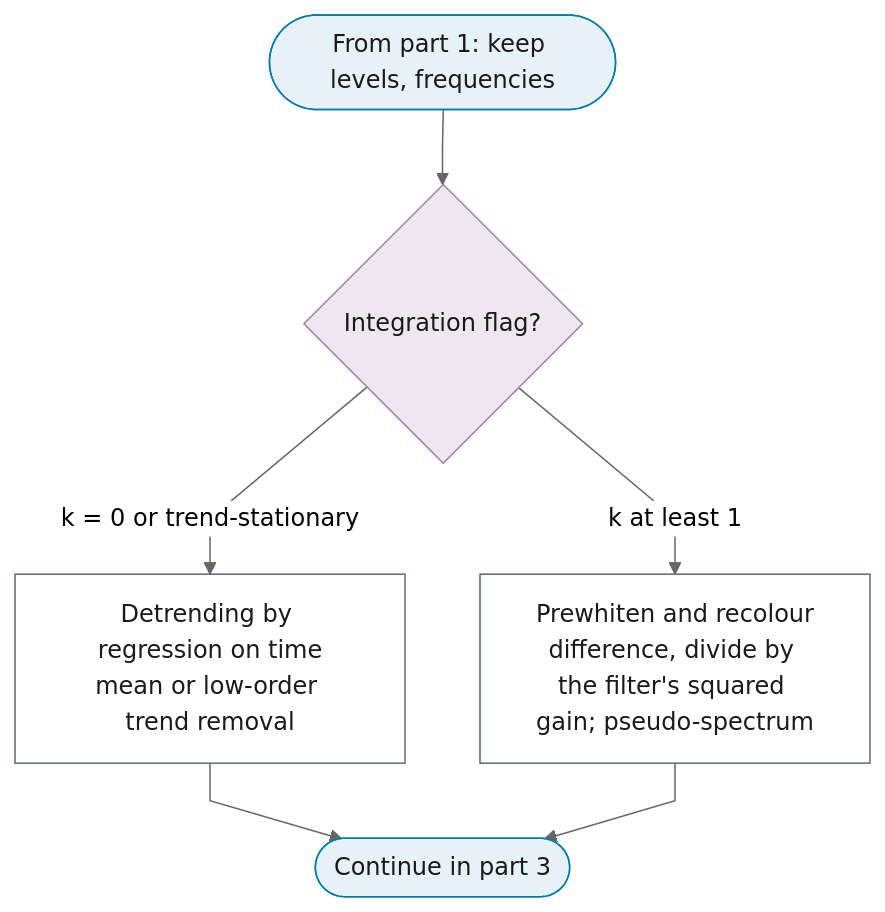
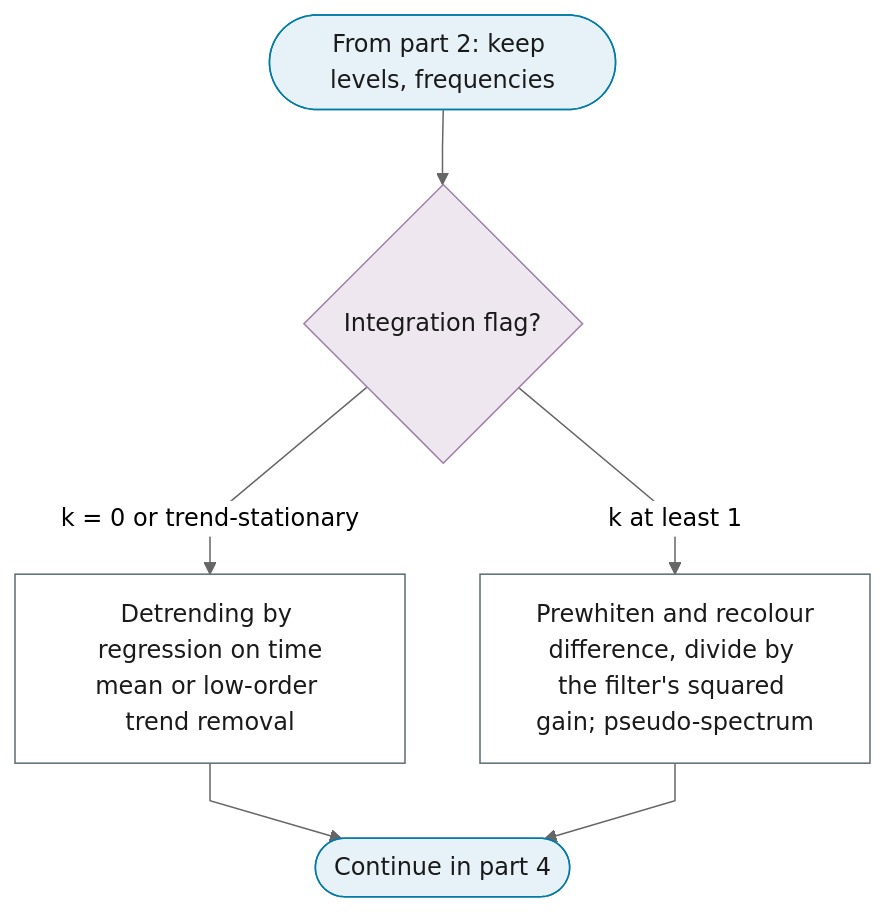
One commit to Shuxin-Y/time-series-analysis-manual changed the fifth of 6 diagrams in docs/01-workflow/p04-transformations.md. Above: the diagram before and after it, drawn with Mermaid (neutral theme). The commit also changed other lines of this file and 6 other files, not shown here.

First line of the commit message:
fix(p3,p4): purpose- and class-aware treatment of levels and integration

````diff
--- a/docs/01-workflow/p04-transformations.md
+++ b/docs/01-workflow/p04-transformations.md
@@ -118,19 +150,19 @@
 ```mermaid
 %%{init: {"flowchart": {"curve": "linear"}}}%%
 graph TD
-    P4_PART_4_IN(["From part 1: keep levels, frequencies"]) --> P4_SPECTRAL_ORDER{"Integration flag?"}
+    P4_PART_5_IN(["From part 2: keep levels, frequencies"]) --> P4_SPECTRAL_ORDER{"Integration flag?"}
     P4_SPECTRAL_ORDER -->|"k = 0 or trend-stationary"| P4_DETREND["Detrending by regression on time<br/>mean or low-order trend removal"]
     P4_SPECTRAL_ORDER -->|"k at least 1"| P4_PREWHITEN["Prewhiten and recolour<br/>difference, divide by the filter's squared gain; pseudo-spectrum"]
-    P4_DETREND & P4_PREWHITEN --> P4_PART_4_OUT(["Continue in part 3"])
-    class P4_PART_4_IN,P4_PART_4_OUT terminator
+    P4_DETREND & P4_PREWHITEN --> P4_PART_5_OUT(["Continue in part 4"])
+    class P4_PART_5_IN,P4_PART_5_OUT terminator
     class P4_SPECTRAL_ORDER decision
     class P4_DETREND,P4_PREWHITEN process
     classDef terminator fill:#E6F2F7,stroke:#007BA7,color:#1A1A1A;
     classDef process fill:#FFFFFF,stroke:#5A6B73,color:#1A1A1A;
     classDef decision fill:#EFE7F0,stroke:#9B7FA7,color:#1A1A1A;
     classDef data fill:#FFF4E0,stroke:#C9A55E,color:#1A1A1A;
     classDef good fill:#DCEFD8,stroke:#4A7A3F,color:#1A1A1A;
     classDef escalate fill:#FFE9C2,stroke:#C9A55E,color:#1A1A1A;
     classDef problem fill:#F2D9DE,stroke:#800020,color:#1A1A1A;
     classDef ref fill:#F7F7F7,stroke:#5A6B73,color:#1A1A1A,stroke-dasharray:4 3;
 ```
````
